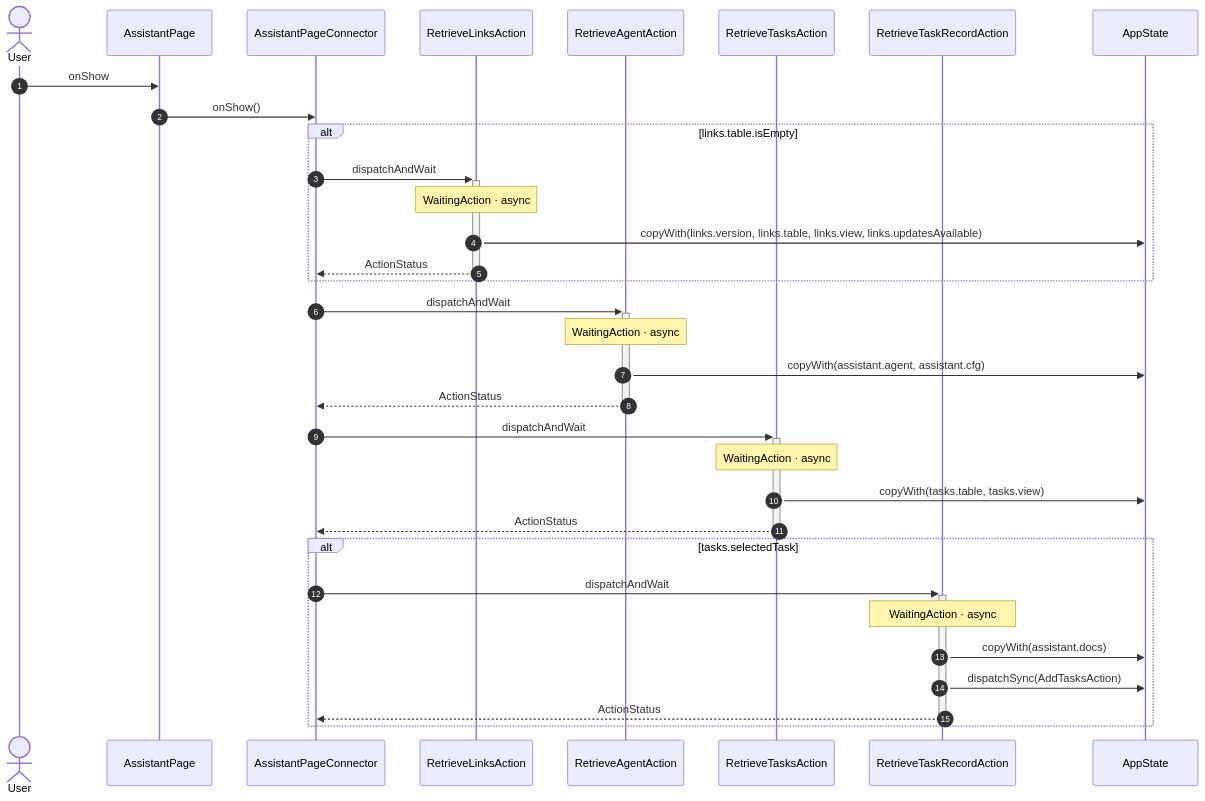
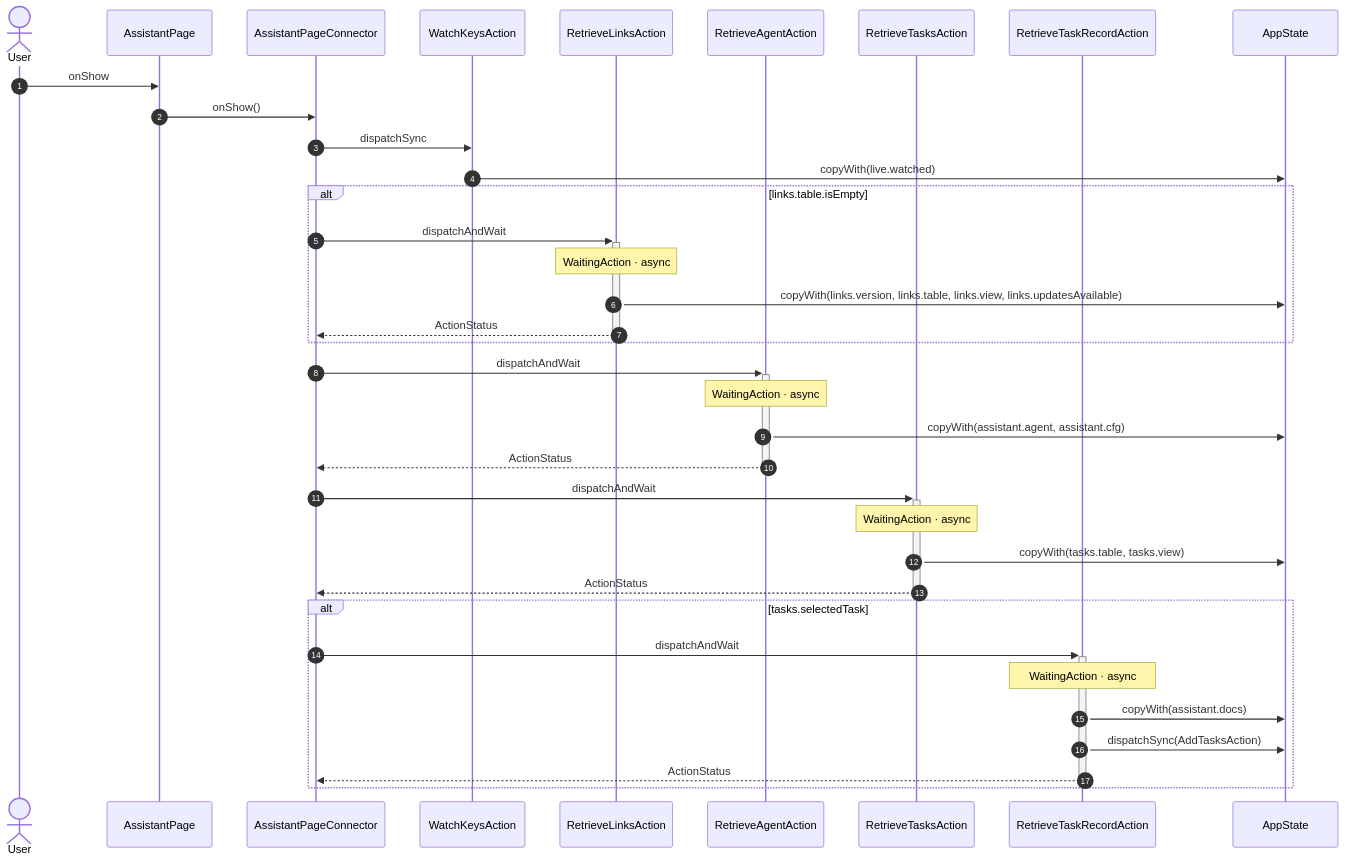
The second of 10 diagrams in studio/docs/flows/assistant.md (gencto/wyrm), drawn with Mermaid before and after one commit. The commit also changed other lines of this file and 24 other files, not shown here.

````diff
--- a/studio/docs/flows/assistant.md
+++ b/studio/docs/flows/assistant.md
@@ -26,36 +26,39 @@
 ```mermaid
 sequenceDiagram
     autonumber
     actor User
     participant UI as AssistantPage
     participant VM as AssistantPageConnector
-    participant A1 as RetrieveLinksAction
-    participant A2 as RetrieveAgentAction
-    participant A3 as RetrieveTasksAction
-    participant A4 as RetrieveTaskRecordAction
+    participant A1 as WatchKeysAction
+    participant A2 as RetrieveLinksAction
+    participant A3 as RetrieveAgentAction
+    participant A4 as RetrieveTasksAction
+    participant A5 as RetrieveTaskRecordAction
     participant ST as AppState
 
     User->>UI: onShow
     UI->>VM: onShow()
+    VM->>A1: dispatchSync
+    A1->>ST: copyWith(live.watched)
     alt links.table.isEmpty
-        VM->>+A1: dispatchAndWait
-        Note over A1: WaitingAction · async
-        A1->>ST: copyWith(links.version, links.table, links.view, links.updatesAvailable)
-        A1-->>-VM: ActionStatus
+        VM->>+A2: dispatchAndWait
+        Note over A2: WaitingAction · async
+        A2->>ST: copyWith(links.version, links.table, links.view, links.updatesAvailable)
+        A2-->>-VM: ActionStatus
     end
-    VM->>+A2: dispatchAndWait
-    Note over A2: WaitingAction · async
-    A2->>ST: copyWith(assistant.agent, assistant.cfg)
-    A2-->>-VM: ActionStatus
     VM->>+A3: dispatchAndWait
     Note over A3: WaitingAction · async
-    A3->>ST: copyWith(tasks.table, tasks.view)
+    A3->>ST: copyWith(assistant.agent, assistant.cfg)
     A3-->>-VM: ActionStatus
+    VM->>+A4: dispatchAndWait
+    Note over A4: WaitingAction · async
+    A4->>ST: copyWith(tasks.table, tasks.view)
+    A4-->>-VM: ActionStatus
     alt tasks.selectedTask
-        VM->>+A4: dispatchAndWait
-        Note over A4: WaitingAction · async
-        A4->>ST: copyWith(assistant.docs)
-        A4->>ST: dispatchSync(AddTasksAction)
-        A4-->>-VM: ActionStatus
+        VM->>+A5: dispatchAndWait
+        Note over A5: WaitingAction · async
+        A5->>ST: copyWith(assistant.docs)
+        A5->>ST: dispatchSync(AddTasksAction)
+        A5-->>-VM: ActionStatus
     end
 ```
````
